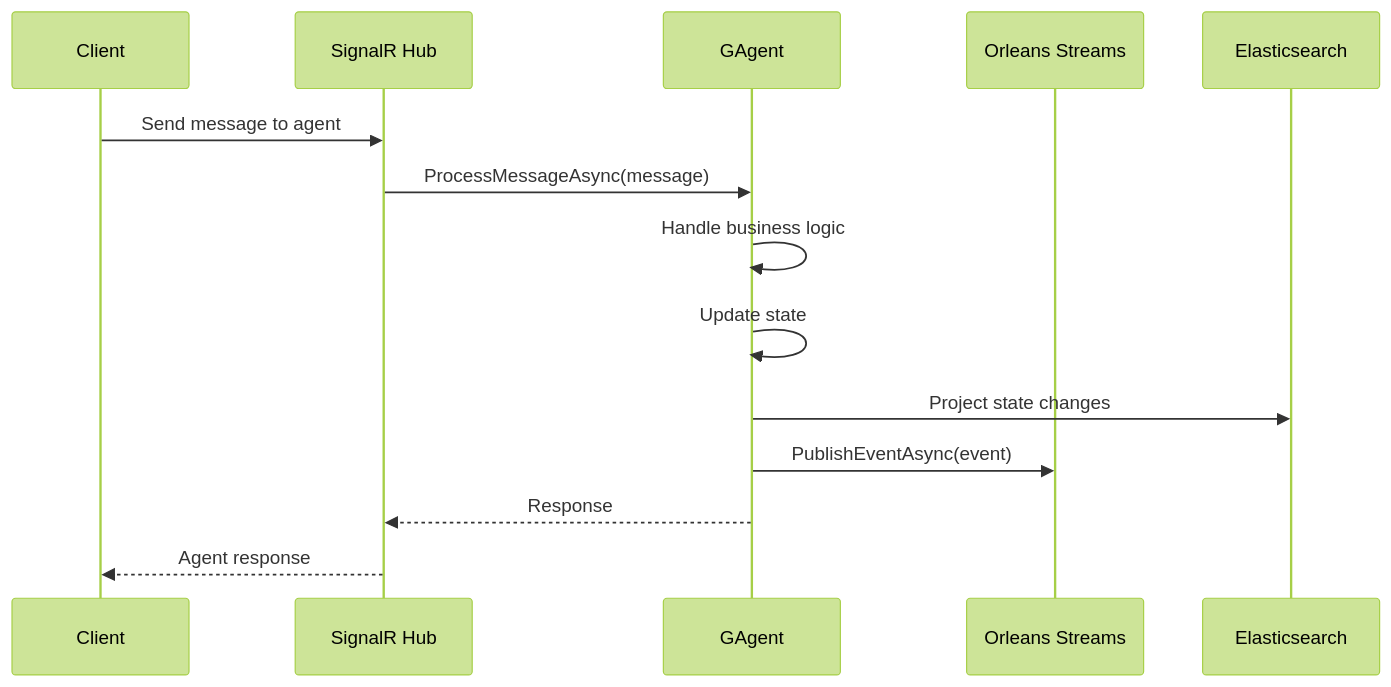
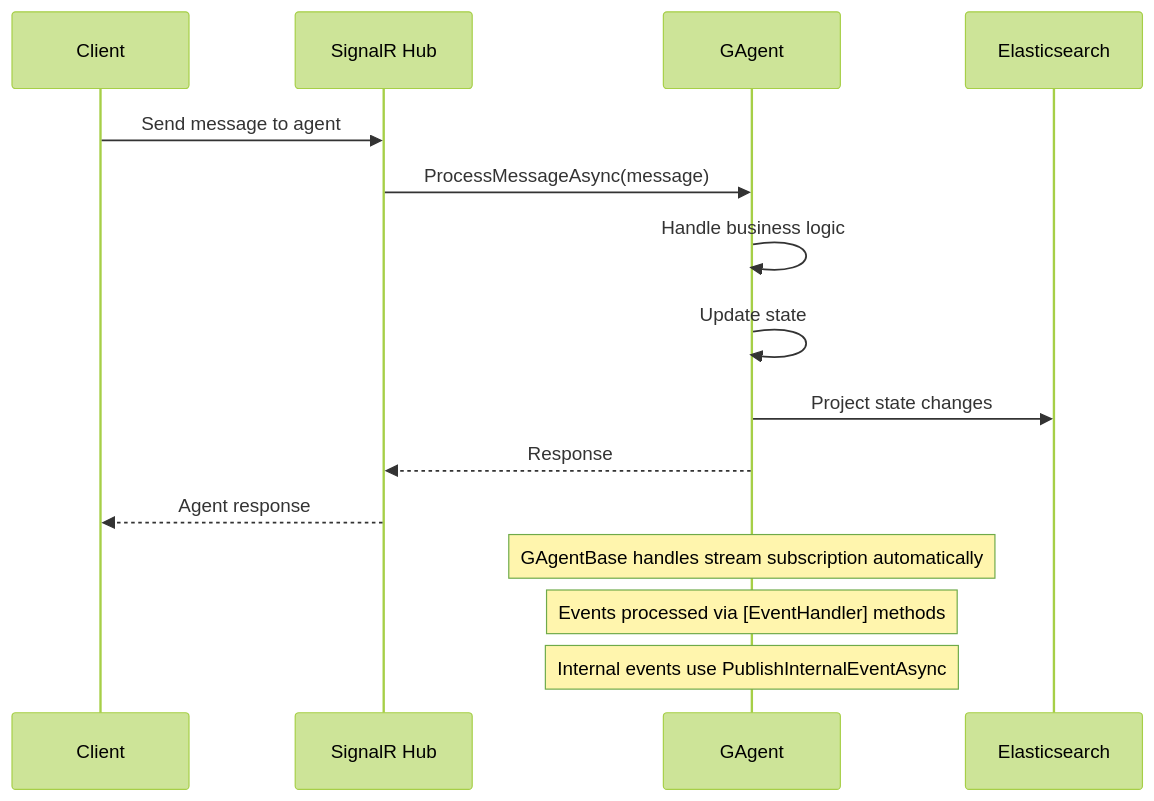
Before and after one commit to aevatarAI/aevatar-station: the fifth of 5 diagrams in Agent-Management-Architecture-Proposal.md, drawn with Mermaid (forest theme). The commit also changed other lines of this file, not shown here.

First line of the commit message:
feat: add Orleans stream-based event delivery architecture

````diff
--- a/Agent-Management-Architecture-Proposal.md
+++ b/Agent-Management-Architecture-Proposal.md
@@ -322,17 +473,19 @@
 ```mermaid
 sequenceDiagram
     participant Client
     participant SH as SignalR Hub
     participant GA as GAgent
-    participant OS as Orleans Streams
     participant ES as Elasticsearch
     
     Client->>SH: Send message to agent
     SH->>GA: ProcessMessageAsync(message)
     GA->>GA: Handle business logic
     GA->>GA: Update state
     GA->>ES: Project state changes
-    GA->>OS: PublishEventAsync(event)
     GA-->>SH: Response
     SH-->>Client: Agent response
+    
+    Note over GA: GAgentBase handles stream subscription automatically
+    Note over GA: Events processed via [EventHandler] methods
+    Note over GA: Internal events use PublishInternalEventAsync
 ```
````
